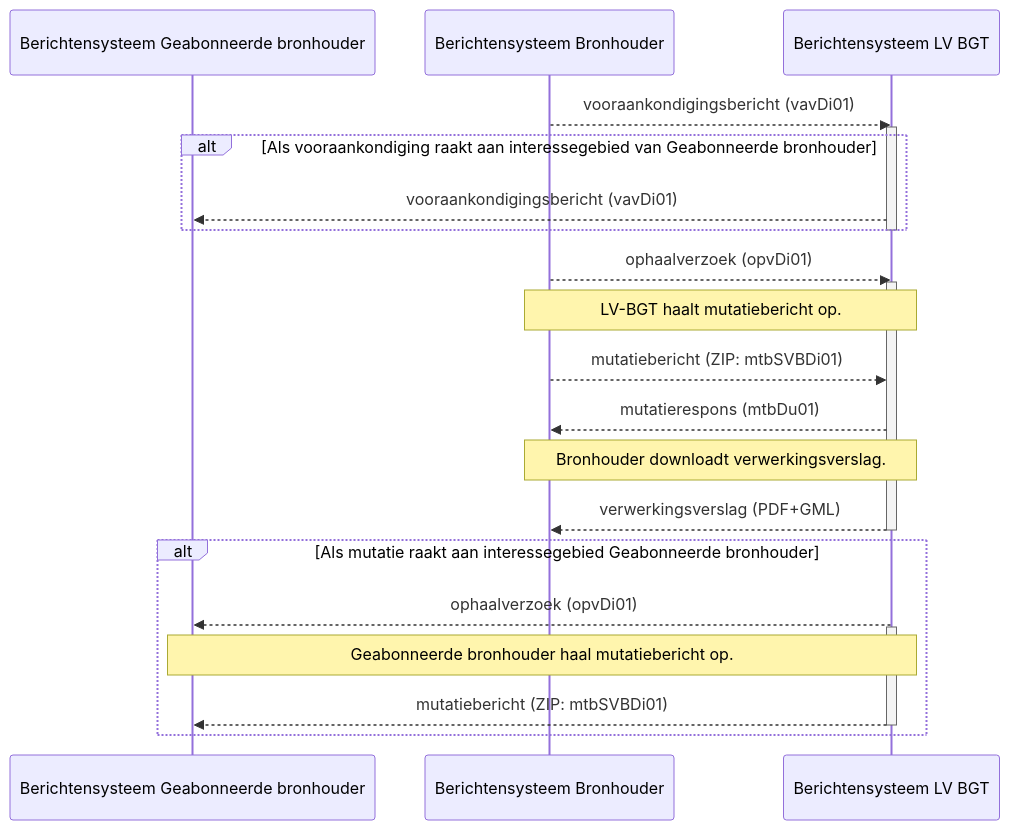
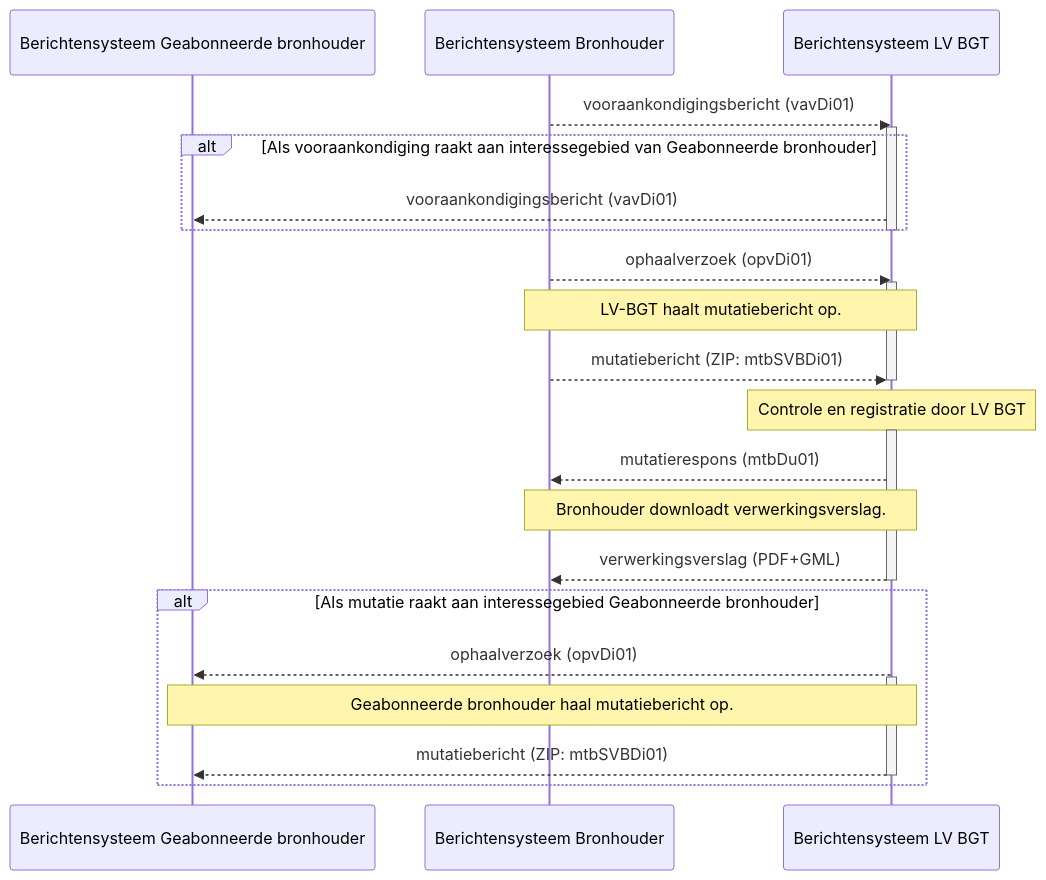
Before and after one commit to Geonovum/IMGeo: the second of 2 diagrams in werkafspraken/bgt-berichtenverkeer/2-werkafspraak.md, drawn with Mermaid. The commit also changed other lines of this file, not shown here.

```diff
--- a/werkafspraken/bgt-berichtenverkeer/2-werkafspraak.md
+++ b/werkafspraken/bgt-berichtenverkeer/2-werkafspraak.md
@@ -93,27 +97,30 @@
 <div class="mermaid">
 sequenceDiagram          
     participant Berichtensysteem Geabonneerde bronhouder    
     participant Berichtensysteem Bronhouder  
     participant Berichtensysteem LV BGT    
     Berichtensysteem Bronhouder-->>Berichtensysteem LV BGT: vooraankondigingsbericht (vavDi01)
     activate Berichtensysteem LV BGT  
     alt Als vooraankondiging raakt aan interessegebied van Geabonneerde bronhouder  
     Berichtensysteem LV BGT-->>Berichtensysteem Geabonneerde bronhouder: vooraankondigingsbericht (vavDi01)
     end
     deactivate Berichtensysteem LV BGT    
     Berichtensysteem Bronhouder-->>Berichtensysteem LV BGT: ophaalverzoek (opvDi01)
     activate Berichtensysteem LV BGT
 	Note over Berichtensysteem Bronhouder ,  Berichtensysteem LV BGT: LV-BGT haalt mutatiebericht op.
-	Berichtensysteem Bronhouder-->>Berichtensysteem LV BGT: mutatiebericht (ZIP: mtbSVBDi01)    
-	Berichtensysteem LV BGT-->>Berichtensysteem Bronhouder: mutatierespons (mtbDu01)	
+	Berichtensysteem Bronhouder-->>Berichtensysteem LV BGT: mutatiebericht (ZIP: mtbSVBDi01)  
+    deactivate Berichtensysteem LV BGT   
+	Note over Berichtensysteem LV BGT: Controle en registratie door LV BGT 
+    activate Berichtensysteem LV BGT
+    Berichtensysteem LV BGT-->>Berichtensysteem Bronhouder: mutatierespons (mtbDu01)	
     Note over Berichtensysteem Bronhouder ,  Berichtensysteem LV BGT: Bronhouder downloadt verwerkingsverslag.
     Berichtensysteem LV BGT-->>Berichtensysteem Bronhouder: verwerkingsverslag (PDF+GML)	
     deactivate Berichtensysteem LV BGT
     alt Als mutatie raakt aan interessegebied Geabonneerde bronhouder
     Berichtensysteem LV BGT-->>Berichtensysteem Geabonneerde bronhouder: ophaalverzoek (opvDi01)
     activate Berichtensysteem LV BGT
     Note over Berichtensysteem Geabonneerde bronhouder, Berichtensysteem LV BGT: Geabonneerde bronhouder haal mutatiebericht op.
 	Berichtensysteem LV BGT-->>Berichtensysteem Geabonneerde bronhouder: mutatiebericht (ZIP: mtbSVBDi01)	
     deactivate Berichtensysteem LV BGT
     end
 </div>
```
